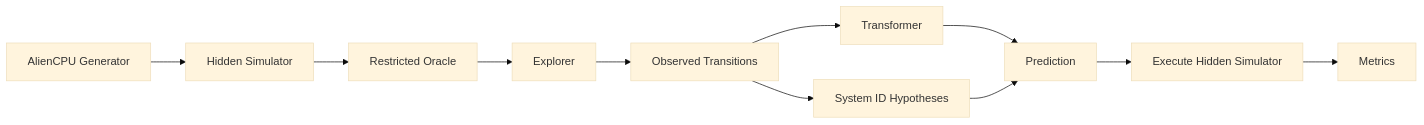
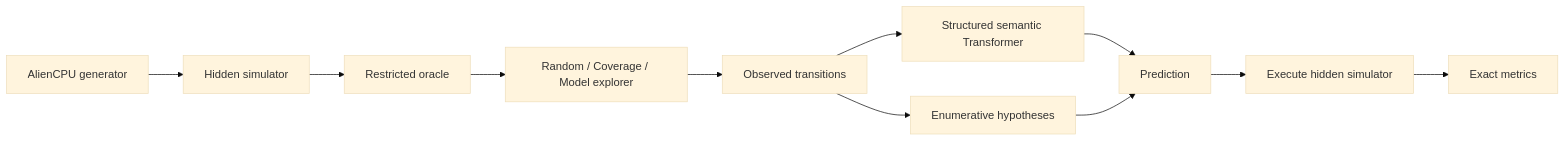
One commit to Bhargavi-hash/MachineZero changed the diagram in README.md. Above: the diagram before and after it, drawn with Mermaid (base theme). The commit also changed other lines of this file and 72 other files, not shown here.

````diff
--- a/README.md
+++ b/README.md
@@ -68,13 +82,13 @@
 ```mermaid
 flowchart LR
-    G[AlienCPU Generator] --> S[Hidden Simulator]
-    S --> O[Restricted Oracle]
-    O --> E[Explorer]
-    E --> C[Observed Transitions]
-    C --> M1[Transformer]
-    C --> M2[System ID Hypotheses]
-    M1 --> P[Prediction]
-    M2 --> P
-    P --> V[Execute Hidden Simulator]
-    V --> R[Metrics]
+    G[AlienCPU generator] --> S[Hidden simulator]
+    S --> O[Restricted oracle]
+    O --> E[Random / Coverage / Model explorer]
+    E --> C[Observed transitions]
+    C --> N[Structured semantic Transformer]
+    C --> H[Enumerative hypotheses]
+    N --> P[Prediction]
+    H --> P
+    P --> V[Execute hidden simulator]
+    V --> M[Exact metrics]
 ```
````
